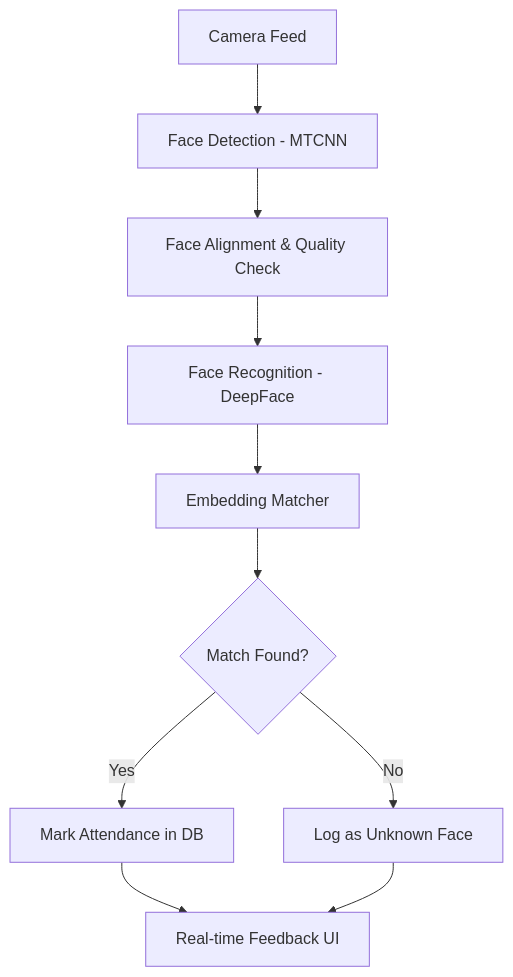
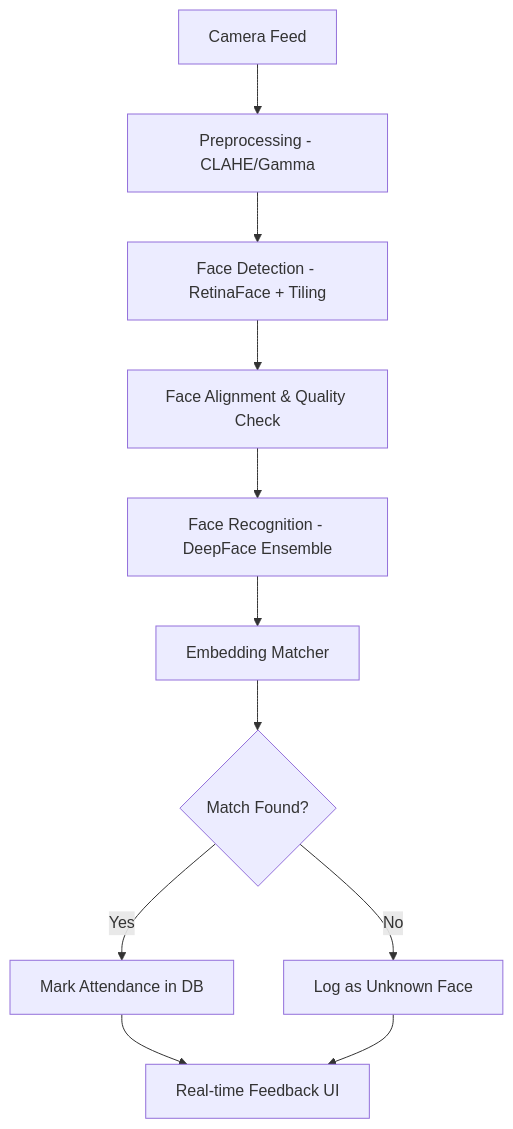
One commit to AyoubEttalbi/emsvia changed the diagram in explaining.md. Above: the diagram before and after it, drawn with Mermaid. The commit also changed other lines of this file and 27 other files, not shown here.

Commit message:
upgrade to robust ensemble-based recognition with temporal smoothing and SR

````diff
--- a/explaining.md
+++ b/explaining.md
@@ -11,12 +11,13 @@
 ```mermaid
 graph TD
-    A[Camera Feed] --> B[Face Detection - MTCNN]
-    B --> C[Face Alignment & Quality Check]
-    C --> D[Face Recognition - DeepFace]
-    D --> E[Embedding Matcher]
-    E --> F{Match Found?}
-    F -- Yes --> G[Mark Attendance in DB]
-    F -- No --> H[Log as Unknown Face]
-    G --> I[Real-time Feedback UI]
-    H --> I
+    A[Camera Feed] --> B[Preprocessing - CLAHE/Gamma]
+    B --> C[Face Detection - RetinaFace + Tiling]
+    C --> D[Face Alignment & Quality Check]
+    D --> E[Face Recognition - DeepFace Ensemble]
+    E --> F[Embedding Matcher]
+    F --> G{Match Found?}
+    G -- Yes --> H[Mark Attendance in DB]
+    G -- No --> I[Log as Unknown Face]
+    H --> J[Real-time Feedback UI]
+    I --> J
 ```
````
